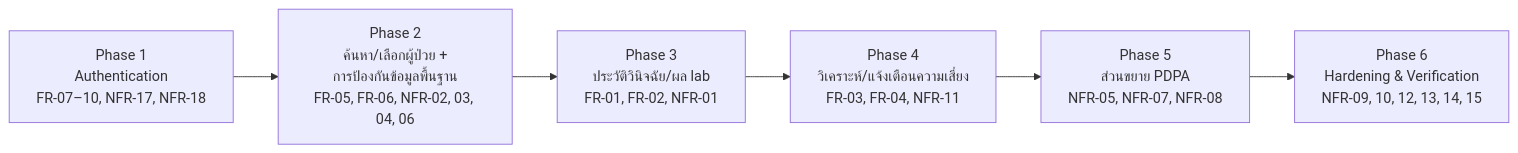
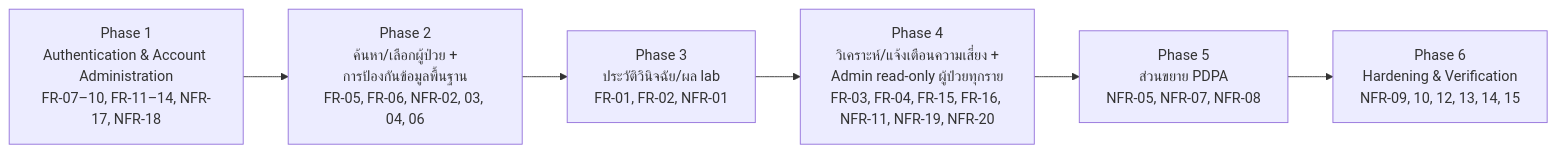
Before and after one commit to fadtypat/track-ncds: the diagram in docs/01-requirements/02-plan/release-plan.md, drawn with Mermaid. The commit also changed other lines of this file and 34 other files, not shown here.

````diff
--- a/docs/01-requirements/02-plan/release-plan.md
+++ b/docs/01-requirements/02-plan/release-plan.md
@@ -47,11 +76,11 @@
 ```mermaid
 flowchart LR
-    P1["Phase 1\nAuthentication\nFR-07–10, NFR-17, NFR-18"]
+    P1["Phase 1\nAuthentication & Account Administration\nFR-07–10, FR-11–14, NFR-17, NFR-18"]
     P2["Phase 2\nค้นหา/เลือกผู้ป่วย +\nการป้องกันข้อมูลพื้นฐาน\nFR-05, FR-06, NFR-02, 03, 04, 06"]
     P3["Phase 3\nประวัติวินิจฉัย/ผล lab\nFR-01, FR-02, NFR-01"]
-    P4["Phase 4\nวิเคราะห์/แจ้งเตือนความเสี่ยง\nFR-03, FR-04, NFR-11"]
+    P4["Phase 4\nวิเคราะห์/แจ้งเตือนความเสี่ยง +\nAdmin read-only ผู้ป่วยทุกราย\nFR-03, FR-04, FR-15, FR-16, NFR-11, NFR-19, NFR-20"]
     P5["Phase 5\nส่วนขยาย PDPA\nNFR-05, NFR-07, NFR-08"]
     P6["Phase 6\nHardening & Verification\nNFR-09, 10, 12, 13, 14, 15"]
 
     P1 --> P2 --> P3 --> P4 --> P5 --> P6
 ```
````
